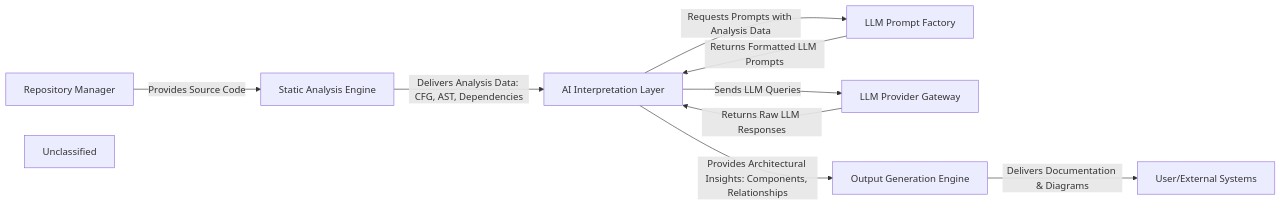
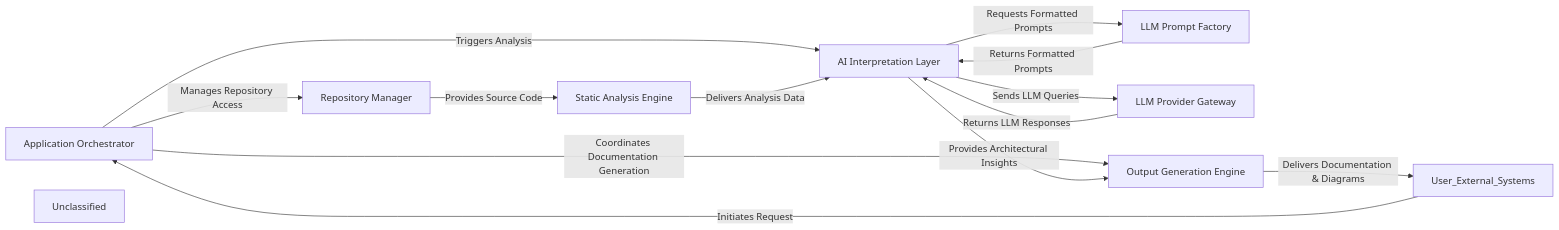
The diagram in .codeboarding/overview.md (CodeBoarding/CodeBoarding), drawn with Mermaid before and after one commit. The commit also changed other lines of this file and 17 other files, not shown here.

First line of the commit message:
docs: update codeboarding documentation and generate architecture

````diff
--- a/.codeboarding/overview.md
+++ b/.codeboarding/overview.md
@@ -1,25 +1,30 @@
 ```mermaid
 graph LR
+    Application_Orchestrator["Application Orchestrator"]
     Repository_Manager["Repository Manager"]
     Static_Analysis_Engine["Static Analysis Engine"]
     LLM_Prompt_Factory["LLM Prompt Factory"]
     LLM_Provider_Gateway["LLM Provider Gateway"]
     AI_Interpretation_Layer["AI Interpretation Layer"]
     Output_Generation_Engine["Output Generation Engine"]
-    User_External_Systems["User/External Systems"]
     Unclassified["Unclassified"]
+    User_External_Systems -- "Initiates Request" --> Application_Orchestrator
+    Application_Orchestrator -- "Manages Repository Access" --> Repository_Manager
+    Application_Orchestrator -- "Triggers Analysis" --> AI_Interpretation_Layer
+    Application_Orchestrator -- "Coordinates Documentation Generation" --> Output_Generation_Engine
     Repository_Manager -- "Provides Source Code" --> Static_Analysis_Engine
-    Static_Analysis_Engine -- "Delivers Analysis Data: CFG, AST, Dependencies" --> AI_Interpretation_Layer
-    AI_Interpretation_Layer -- "Requests Prompts with Analysis Data" --> LLM_Prompt_Factory
-    LLM_Prompt_Factory -- "Returns Formatted LLM Prompts" --> AI_Interpretation_Layer
+    Static_Analysis_Engine -- "Delivers Analysis Data" --> AI_Interpretation_Layer
+    AI_Interpretation_Layer -- "Requests Formatted Prompts" --> LLM_Prompt_Factory
+    LLM_Prompt_Factory -- "Returns Formatted Prompts" --> AI_Interpretation_Layer
     AI_Interpretation_Layer -- "Sends LLM Queries" --> LLM_Provider_Gateway
-    LLM_Provider_Gateway -- "Returns Raw LLM Responses" --> AI_Interpretation_Layer
-    AI_Interpretation_Layer -- "Provides Architectural Insights: Components, Relationships" --> Output_Generation_Engine
+    LLM_Provider_Gateway -- "Returns LLM Responses" --> AI_Interpretation_Layer
+    AI_Interpretation_Layer -- "Provides Architectural Insights" --> Output_Generation_Engine
     Output_Generation_Engine -- "Delivers Documentation & Diagrams" --> User_External_Systems
+    click Application_Orchestrator href "https://github.com/CodeBoarding/CodeBoarding/blob/main/.codeboarding/Application_Orchestrator.md" "Details"
     click Repository_Manager href "https://github.com/CodeBoarding/CodeBoarding/blob/main/.codeboarding/Repository_Manager.md" "Details"
     click Static_Analysis_Engine href "https://github.com/CodeBoarding/CodeBoarding/blob/main/.codeboarding/Static_Analysis_Engine.md" "Details"
     click LLM_Prompt_Factory href "https://github.com/CodeBoarding/CodeBoarding/blob/main/.codeboarding/LLM_Prompt_Factory.md" "Details"
     click LLM_Provider_Gateway href "https://github.com/CodeBoarding/CodeBoarding/blob/main/.codeboarding/LLM_Provider_Gateway.md" "Details"
     click AI_Interpretation_Layer href "https://github.com/CodeBoarding/CodeBoarding/blob/main/.codeboarding/AI_Interpretation_Layer.md" "Details"
     click Output_Generation_Engine href "https://github.com/CodeBoarding/CodeBoarding/blob/main/.codeboarding/Output_Generation_Engine.md" "Details"
 ```
````
